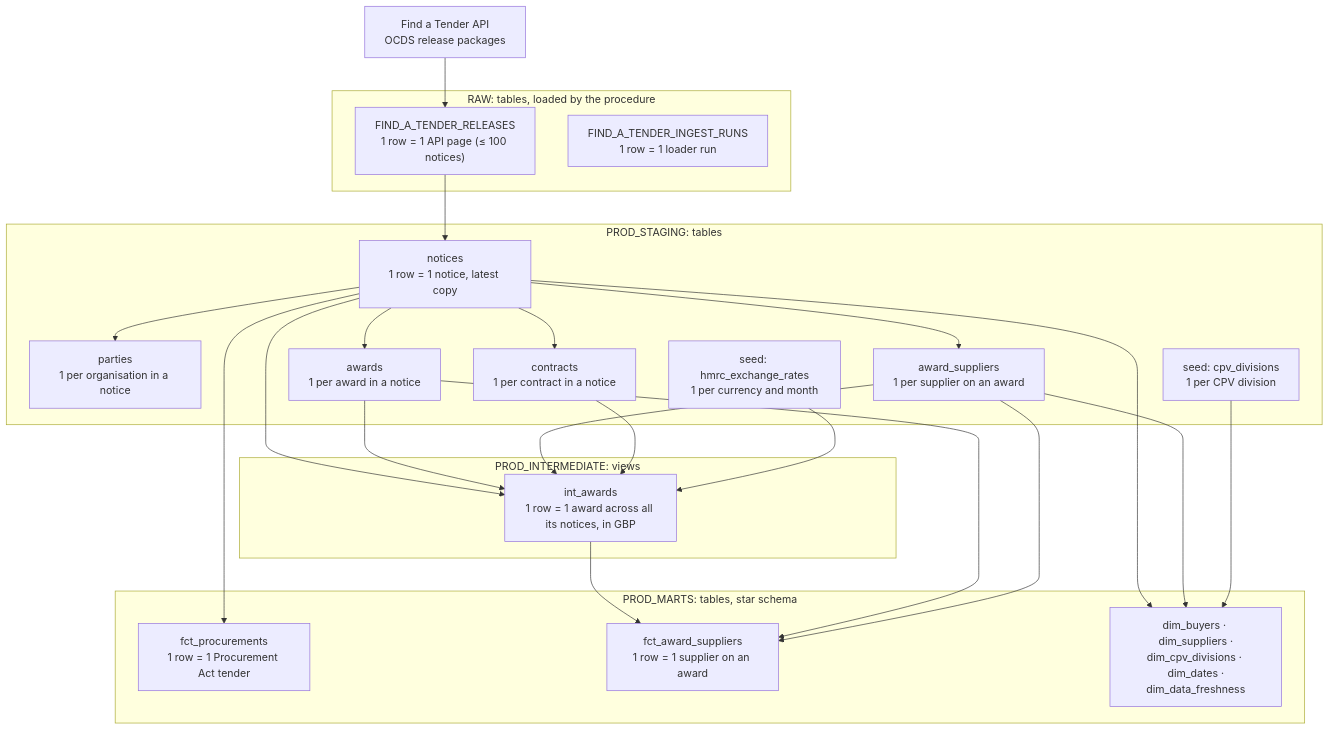
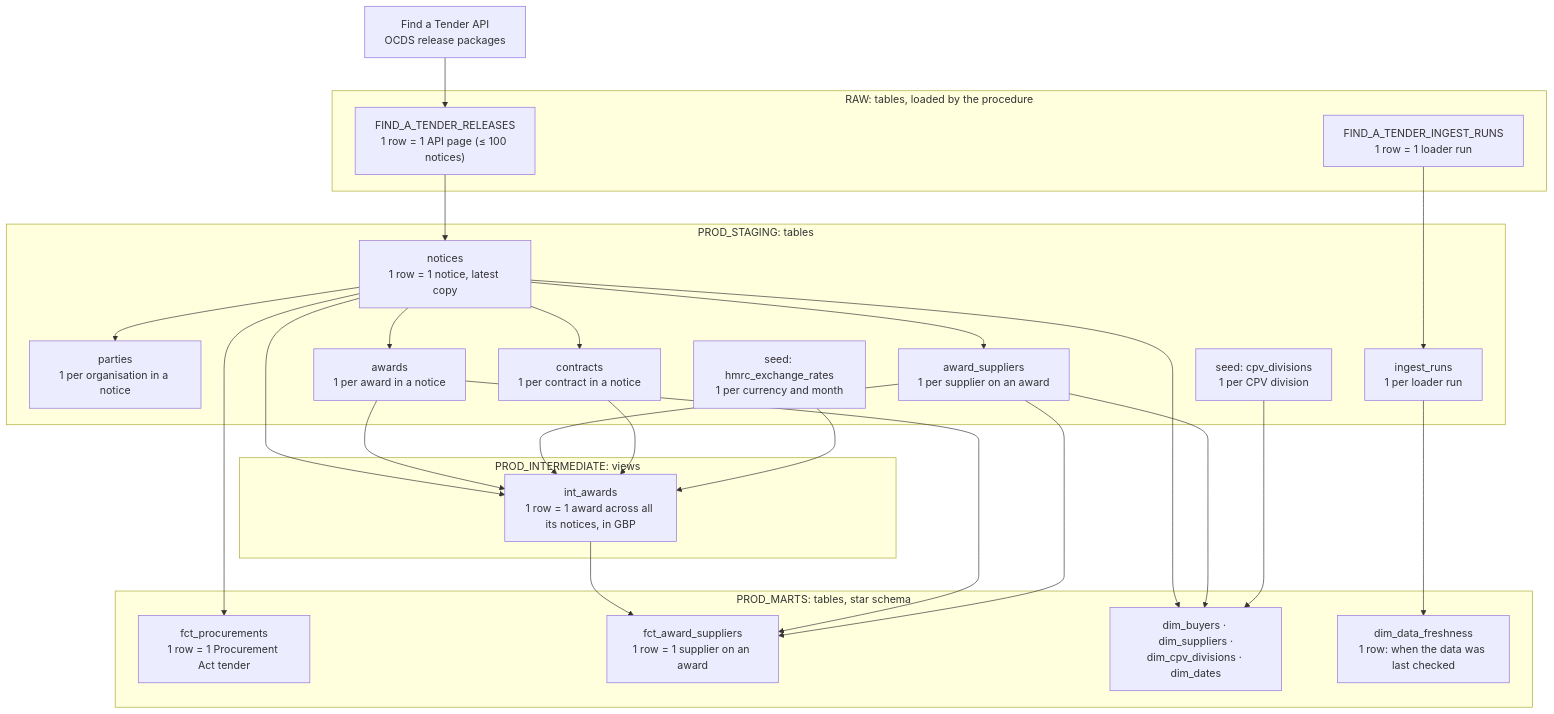
The first of 2 diagrams in docs/diagrams/data.md (jacekjastrzebski/uk-tenders-dbt-snowflake), drawn with Mermaid before and after one commit. The commit also changed other lines of this file and 6 other files, not shown here.

First line of the commit message:
Fix "Data as of" getting stuck when no new notices arrive

````diff
--- a/docs/diagrams/data.md
+++ b/docs/diagrams/data.md
@@ -9,31 +9,34 @@
 ```mermaid
 flowchart TB
     API["Find a Tender API<br/>OCDS release packages"]
     subgraph RAW["RAW: tables, loaded by the procedure"]
         R1["FIND_A_TENDER_RELEASES<br/>1 row = 1 API page (≤ 100 notices)"]
         R2["FIND_A_TENDER_INGEST_RUNS<br/>1 row = 1 loader run"]
     end
     subgraph STG["PROD_STAGING: tables"]
         S1["notices<br/>1 row = 1 notice, latest copy"]
         S2["parties<br/>1 per organisation in a notice"]
         S3["awards<br/>1 per award in a notice"]
         S4["award_suppliers<br/>1 per supplier on an award"]
         S5["contracts<br/>1 per contract in a notice"]
+        S6["ingest_runs<br/>1 per loader run"]
         SH["seed: hmrc_exchange_rates<br/>1 per currency and month"]
         SC["seed: cpv_divisions<br/>1 per CPV division"]
     end
     subgraph INT["PROD_INTERMEDIATE: views"]
         I1["int_awards<br/>1 row = 1 award across all its notices, in GBP"]
     end
     subgraph MARTS["PROD_MARTS: tables, star schema"]
         F1["fct_procurements<br/>1 row = 1 Procurement Act tender"]
         F2["fct_award_suppliers<br/>1 row = 1 supplier on an award"]
-        DIM["dim_buyers · dim_suppliers ·<br/>dim_cpv_divisions · dim_dates ·<br/>dim_data_freshness"]
+        DIM["dim_buyers · dim_suppliers ·<br/>dim_cpv_divisions · dim_dates"]
+        FR["dim_data_freshness<br/>1 row: when the data was last checked"]
     end
     API --> R1
     R1 --> S1 --> S2 & S3 & S4 & S5
     S1 & S3 & S4 & S5 & SH --> I1
     S1 --> F1
     I1 & S3 & S4 --> F2
     S1 & S4 & SC --> DIM
+    R2 --> S6 --> FR
 ```
````
